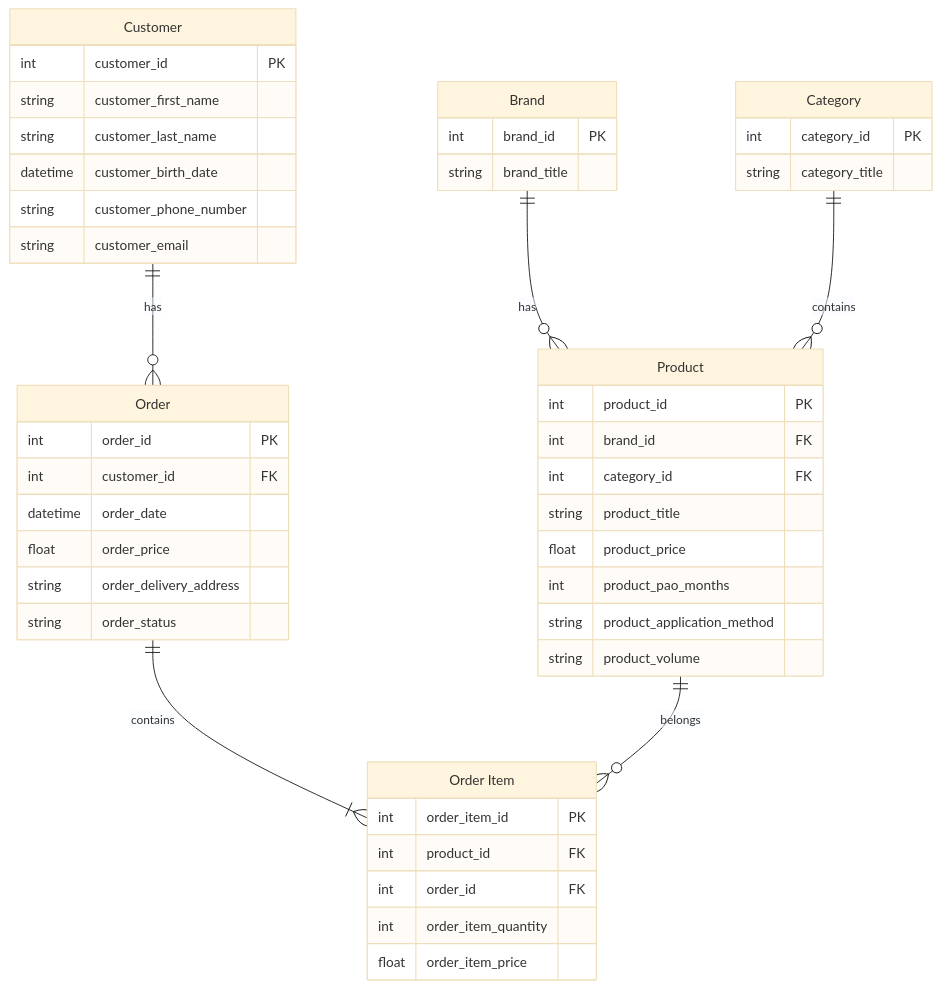
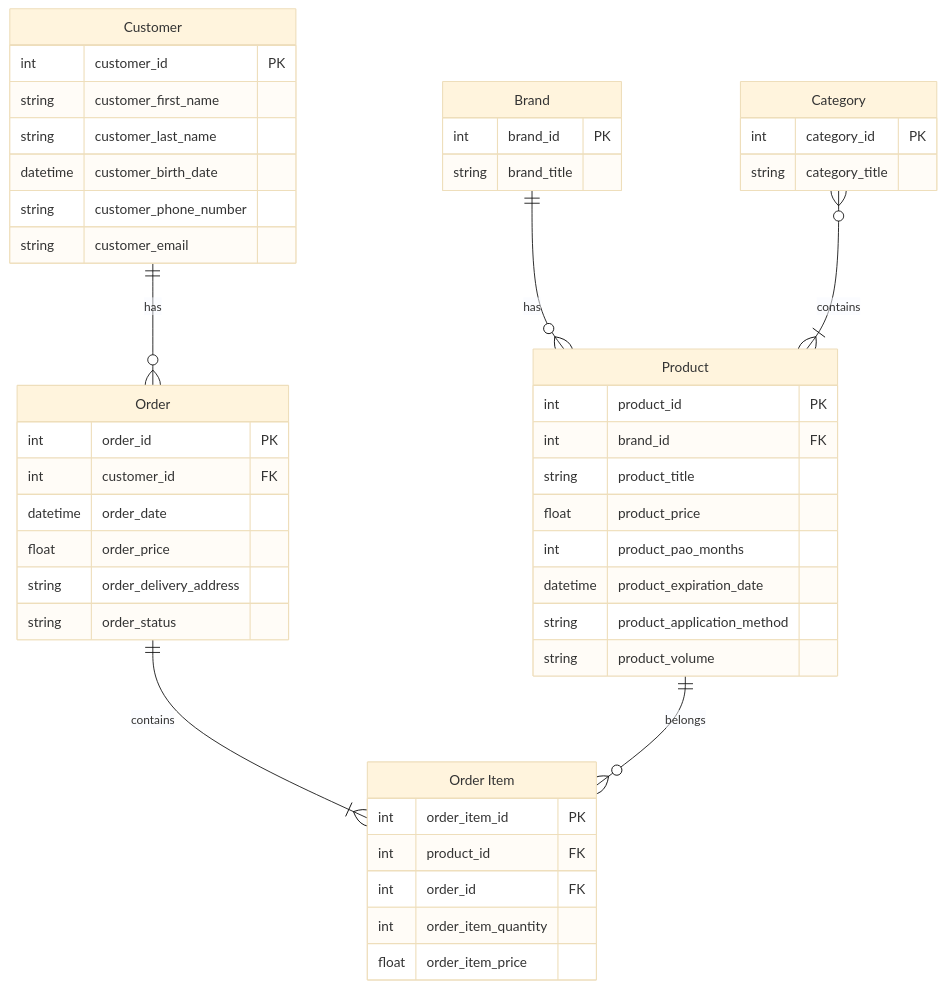
Before and after one commit to sofiisunn/KPI: the diagram in spec.md, drawn with Mermaid (base theme). The commit also changed other lines of this file, not shown here.

````diff
--- a/spec.md
+++ b/spec.md
@@ -62,49 +63,49 @@
 ```mermaid
 erDiagram
 Brand {
   int brand_id PK
   string brand_title
 }
 Category {
   int category_id PK
   string category_title
 }
 Product {
   int product_id PK
   int brand_id FK
-  int category_id FK
   string product_title
   float product_price
   int product_pao_months
+  datetime product_expiration_date
   string product_application_method
   string product_volume
 }
 Order {
   int order_id PK
   int customer_id FK
   datetime order_date
   float order_price
   string order_delivery_address
   string order_status
 }
 Customer {
   int customer_id PK
   string customer_first_name
   string customer_last_name
   datetime customer_birth_date
   string customer_phone_number
   string customer_email
 }
 "Order Item" {
   int order_item_id PK
   int product_id FK
   int order_id FK
   int order_item_quantity
   float order_item_price
 }
 Brand ||--o{ Product : "has"
-Category ||--o{ Product : "contains"
+Category }o--|{ Product : "contains"
 Customer ||--o{ Order : "has"
 Order ||--|{ "Order Item" : "contains"
 Product ||--o{ "Order Item" : "belongs"
 ```
````
